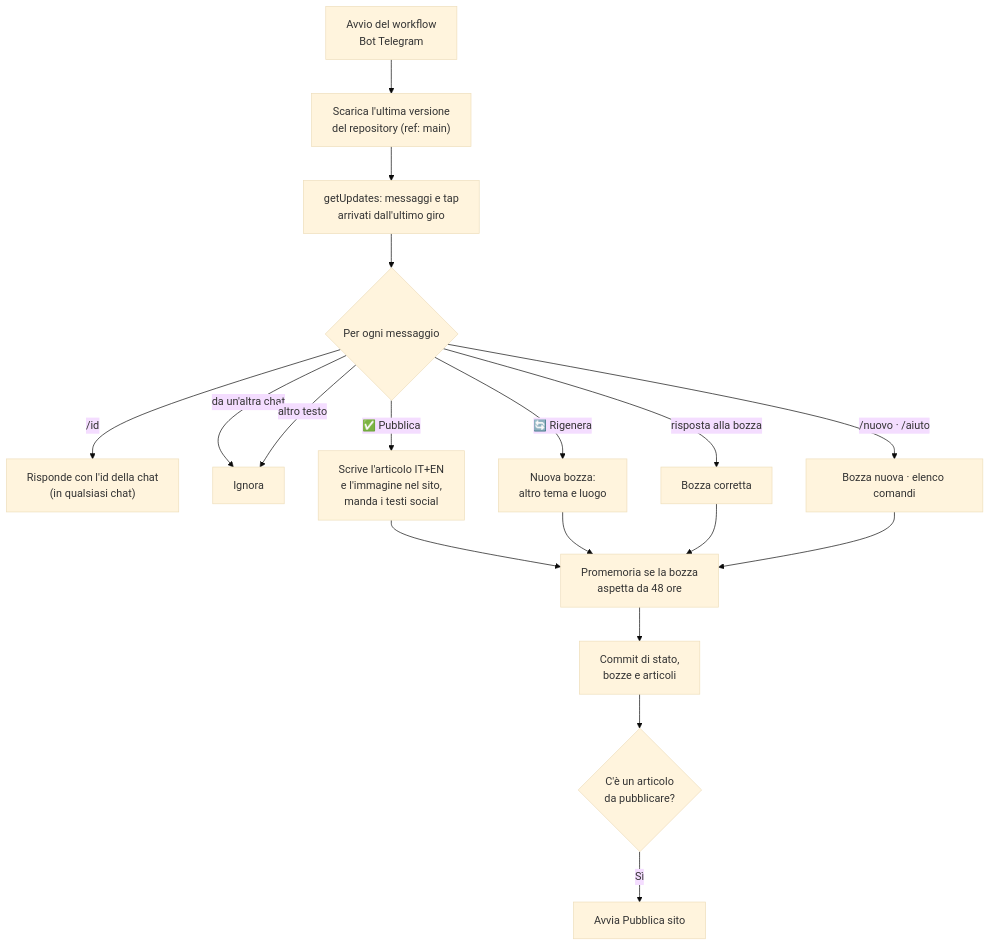
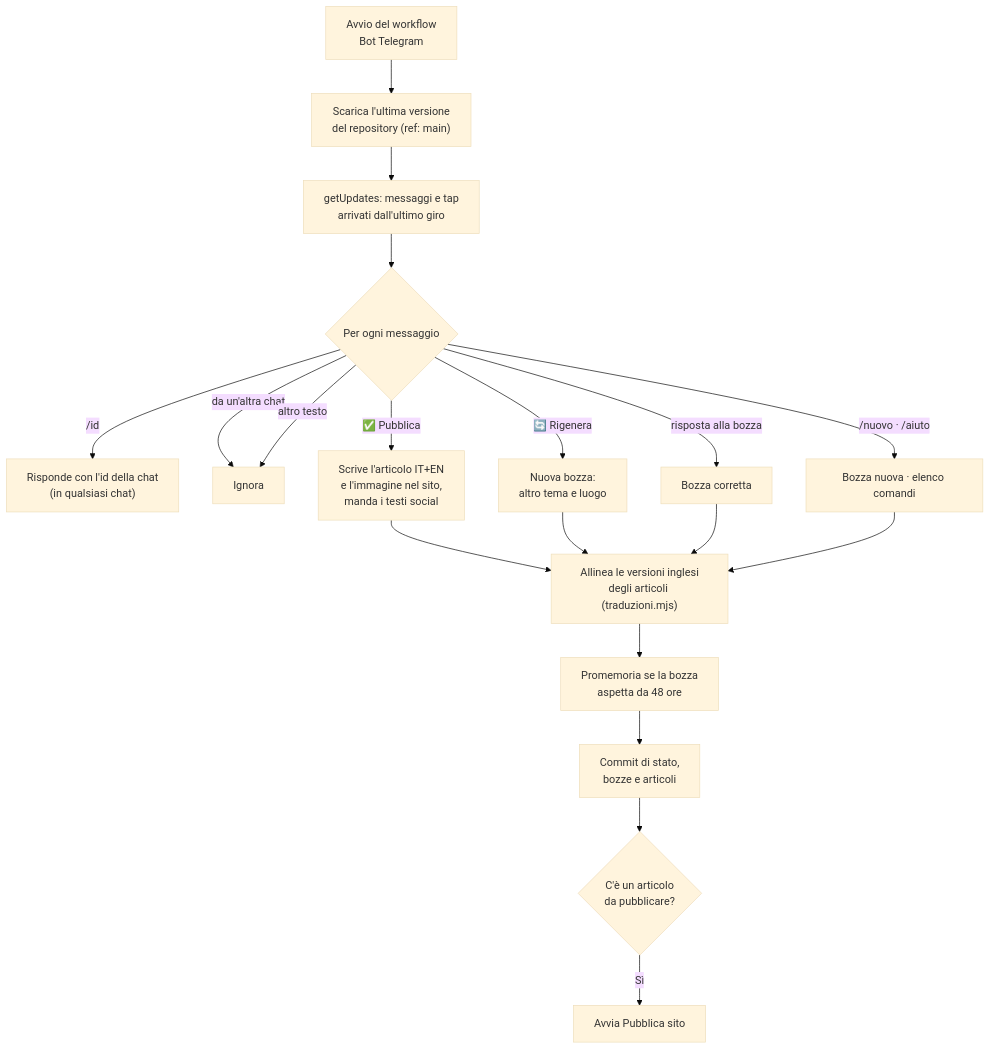
Before and after one commit to mistraliagianluca/mistraliagianluca.github.io: the second of 2 diagrams in docs/04-automazione.md, drawn with Mermaid (base theme). The commit also changed other lines of this file and 13 other files, not shown here.

````diff
--- a/docs/04-automazione.md
+++ b/docs/04-automazione.md
@@ -76,17 +77,18 @@
 ```mermaid
 flowchart TD
     A["Avvio del workflow<br>Bot Telegram"] --> B["Scarica l'ultima versione<br>del repository (ref: main)"]
     B --> C["getUpdates: messaggi e tap<br>arrivati dall'ultimo giro"]
     C --> D{"Per ogni messaggio"}
     D -->|"/id"| E["Risponde con l'id della chat<br>(in qualsiasi chat)"]
     D -->|"da un'altra chat"| X["Ignora"]
     D -->|"✅ Pubblica"| F["Scrive l'articolo IT+EN<br>e l'immagine nel sito,<br>manda i testi social"]
     D -->|"🔄 Rigenera"| G["Nuova bozza:<br>altro tema e luogo"]
     D -->|"risposta alla bozza"| H["Bozza corretta"]
     D -->|"/nuovo · /aiuto"| I["Bozza nuova · elenco comandi"]
     D -->|"altro testo"| X
-    F & G & H & I --> J["Promemoria se la bozza<br>aspetta da 48 ore"]
+    F & G & H & I --> T["Allinea le versioni inglesi<br>degli articoli (traduzioni.mjs)"]
+    T --> J["Promemoria se la bozza<br>aspetta da 48 ore"]
     J --> K["Commit di stato,<br>bozze e articoli"]
     K --> L{"C'è un articolo<br>da pubblicare?"}
     L -->|Sì| M["Avvia Pubblica sito"]
 ```
````
